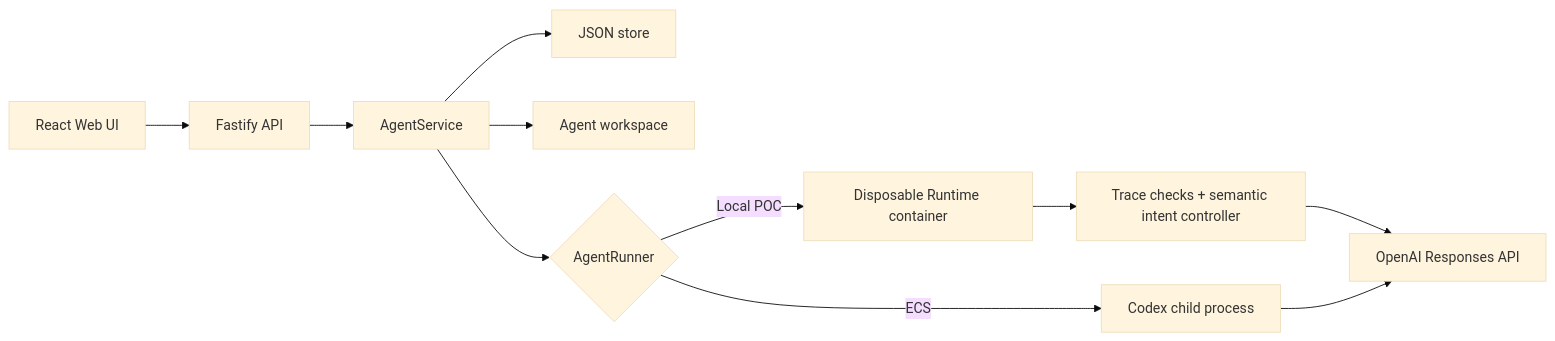
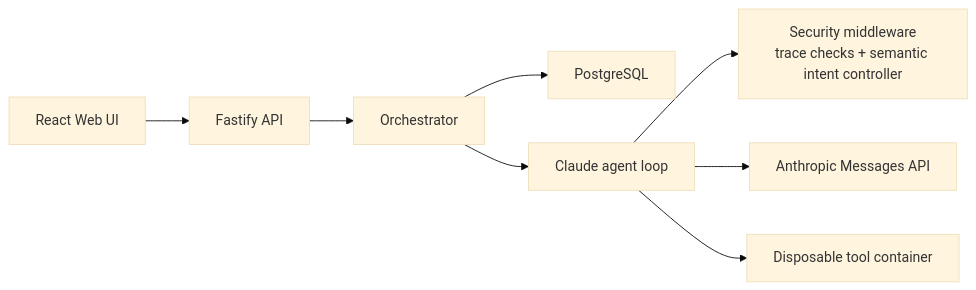
Before and after one commit to Full-Stack-Project-Fast-Tix/agent-middleware: the first of 3 diagrams in docs/ARCHITECTURE.md, drawn with Mermaid (base theme). The commit also changed other lines of this file and 155 other files, not shown here.

First line of the commit message:
feat!: remove Ark and Codex, leaving Claude as the only runtime

````diff
--- a/docs/ARCHITECTURE.md
+++ b/docs/ARCHITECTURE.md
@@ -11,13 +8,10 @@
 ```mermaid
 flowchart LR
     UI["React Web UI"] --> API["Fastify API"]
-    API --> Service["AgentService"]
-    Service --> Store["JSON store"]
-    Service --> Workspace["Agent workspace"]
-    Service --> Runner{"AgentRunner"}
-    Runner -->|Local POC| Container["Disposable Runtime container"]
-    Runner -->|ECS| Process["Codex child process"]
-    Container --> Guard["Trace checks + semantic intent controller"]
-    Guard --> Model["OpenAI Responses API"]
-    Process --> Model
+    API --> Orch["Orchestrator"]
+    Orch --> DB["PostgreSQL"]
+    Orch --> Loop["Claude agent loop"]
+    Loop --> Gate["Security middleware<br/>trace checks + semantic intent controller"]
+    Loop --> Model["Anthropic Messages API"]
+    Loop --> Tools["Disposable tool container"]
 ```
````
